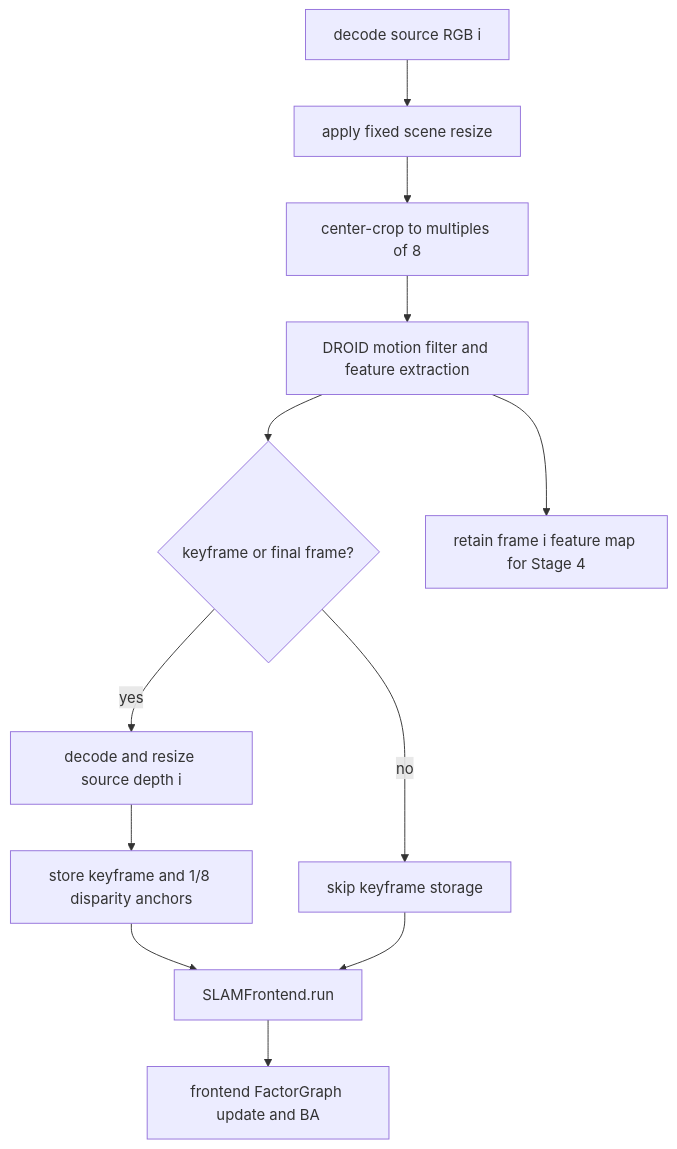
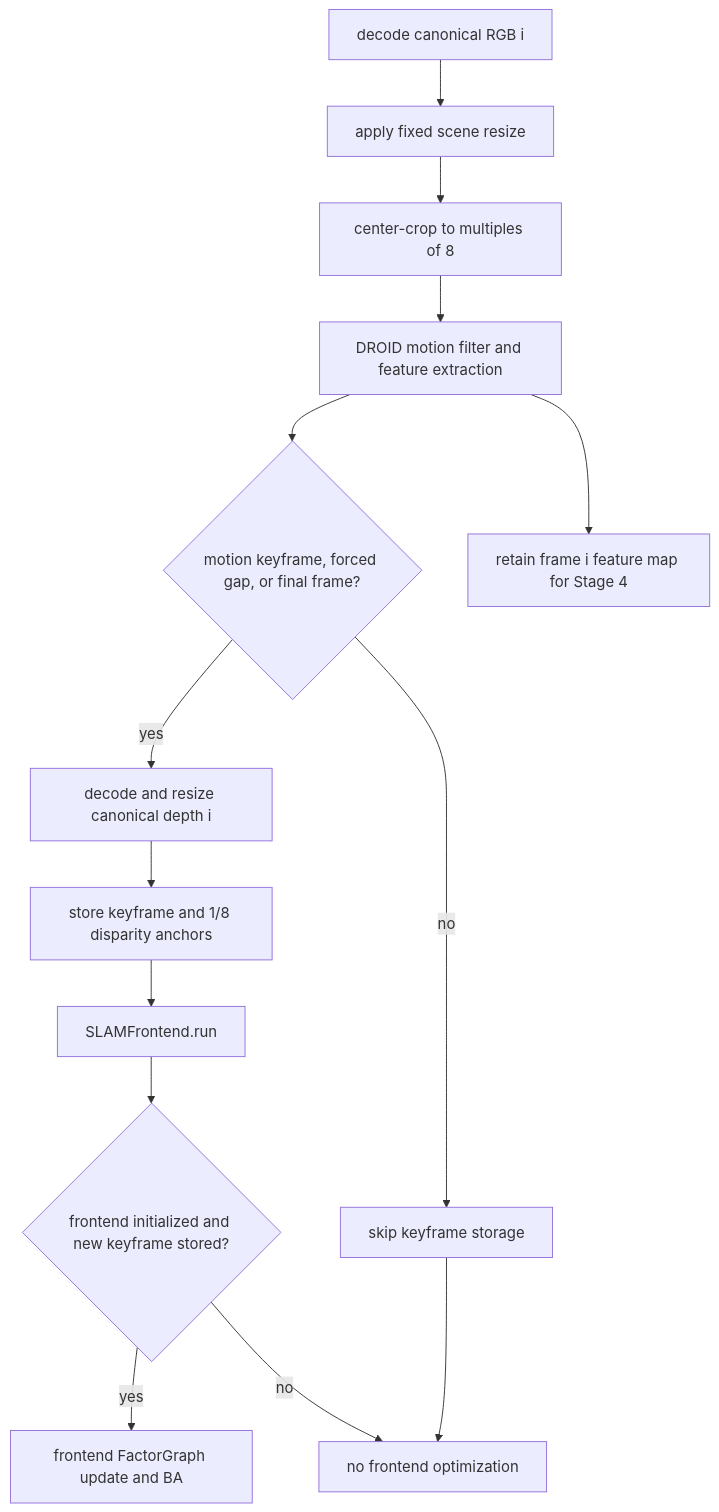
The second of 5 diagrams in fullexplain.md (sadanand1120/vipe), drawn with Mermaid before and after one commit. The commit also changed other lines of this file and 16 other files, not shown here.

Commit message:
Standardize canonical RGB-D frontier pipeline

````diff
--- a/fullexplain.md
+++ b/fullexplain.md
@@ -112,14 +112,16 @@
 ```mermaid
 flowchart TD
-    A[decode source RGB i] --> B[apply fixed scene resize]
+    A[decode canonical RGB i] --> B[apply fixed scene resize]
     B --> C[center-crop to multiples of 8]
     C --> E[DROID motion filter and feature extraction]
-    E --> F{keyframe or final frame?}
-    F -->|yes| G[decode and resize source depth i]
+    E --> F{motion keyframe, forced gap, or final frame?}
+    F -->|yes| G[decode and resize canonical depth i]
     G --> H[store keyframe and 1/8 disparity anchors]
     F -->|no| I[skip keyframe storage]
     H --> J[SLAMFrontend.run]
-    I --> J
-    J --> K[frontend FactorGraph update and BA]
+    J --> K{frontend initialized and new keyframe stored?}
+    K -->|yes| M[frontend FactorGraph update and BA]
+    K -->|no| N[no frontend optimization]
+    I --> N
     E --> L[retain frame i feature map for Stage 4]
 ```
````
